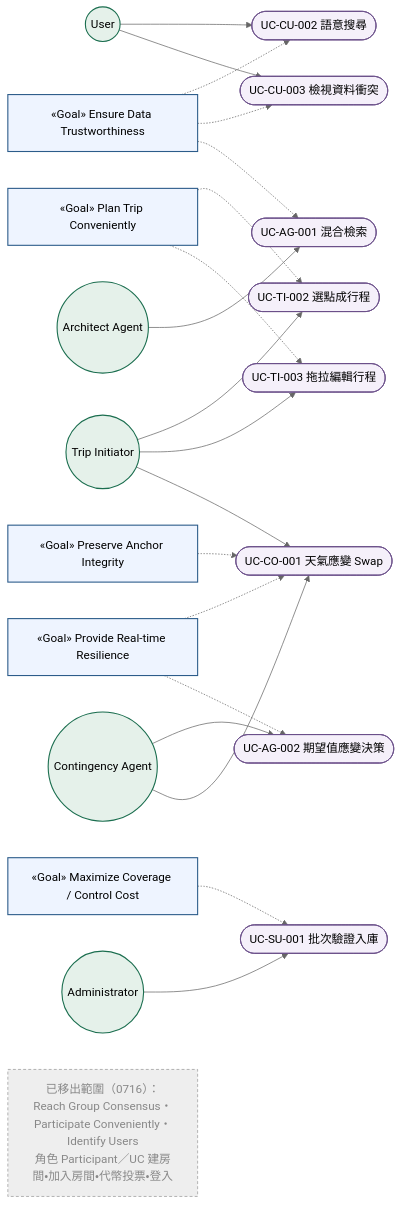
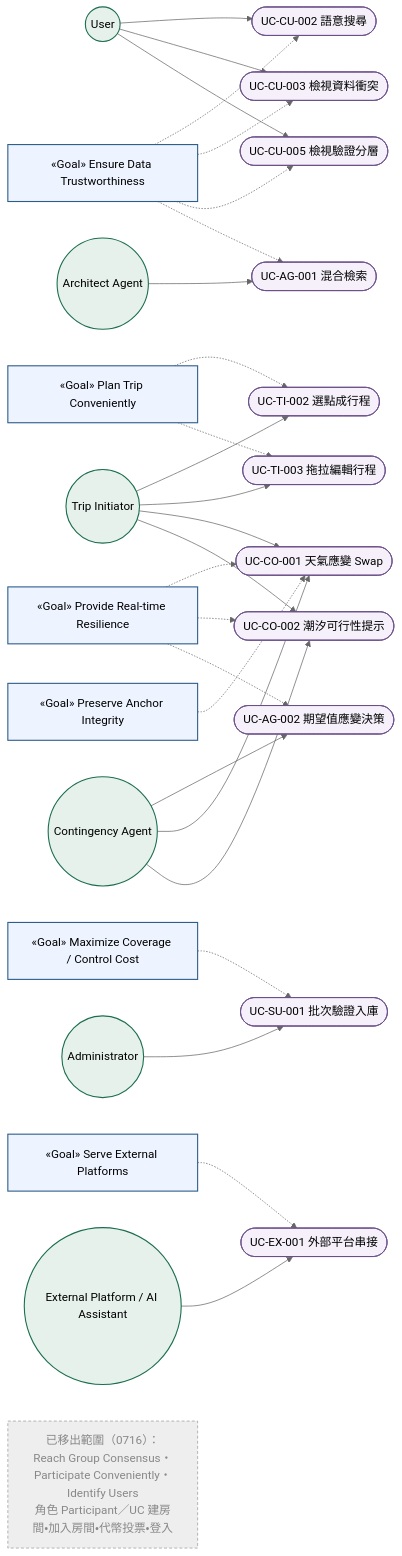
Before and after one commit to hakuhaku24/navigator: the second of 2 diagrams in 2026全國大專校院智慧創新暨跨域整合創作競賽系統需求書.md, drawn with Mermaid (neutral theme). The commit also changed other lines of this file and 5 other files, not shown here.

````diff
--- a/2026全國大專校院智慧創新暨跨域整合創作競賽系統需求書.md
+++ b/2026全國大專校院智慧創新暨跨域整合創作競賽系統需求書.md
@@ -319,42 +343,49 @@
 ```mermaid
 flowchart LR
   classDef goal fill:#eef4ff,stroke:#2c5c8a,stroke-width:1.5px;
   classDef uc fill:#f5f0fa,stroke:#6b4f8a,stroke-width:1.2px;
   classDef actor fill:#e5f1ea,stroke:#1B6E4F,stroke-width:1.5px;
   classDef out fill:#eeeeee,stroke:#999,stroke-dasharray:4 3,color:#888;
 
   U(("User")):::actor
   TI(("Trip Initiator")):::actor
   ADM(("Administrator")):::actor
+  EXT(("External Platform / AI Assistant")):::actor
   AG(("Architect Agent")):::actor
   CG(("Contingency Agent")):::actor
 
   G1["«Goal» Ensure Data Trustworthiness"]:::goal
   G2["«Goal» Provide Real-time Resilience"]:::goal
   G3["«Goal» Plan Trip Conveniently"]:::goal
   G4["«Goal» Maximize Coverage / Control Cost"]:::goal
   G5["«Goal» Preserve Anchor Integrity"]:::goal
+  G6["«Goal» Serve External Platforms"]:::goal
 
   UC2(["UC-CU-002 語意搜尋"]):::uc
   UC3(["UC-CU-003 檢視資料衝突"]):::uc
+  UC5(["UC-CU-005 檢視驗證分層"]):::uc
   UC_TI2(["UC-TI-002 選點成行程"]):::uc
   UC_TI3(["UC-TI-003 拖拉編輯行程"]):::uc
   UC_CO(["UC-CO-001 天氣應變 Swap"]):::uc
+  UC_CO2(["UC-CO-002 潮汐可行性提示"]):::uc
   UC_SU(["UC-SU-001 批次驗證入庫"]):::uc
   UC_AG1(["UC-AG-001 混合檢索"]):::uc
   UC_AG2(["UC-AG-002 期望值應變決策"]):::uc
+  UC_EX(["UC-EX-001 外部平台串接"]):::uc
 
-  G1 -.-> UC2 & UC3 & UC_AG1
-  G2 -.-> UC_CO & UC_AG2
+  G1 -.-> UC2 & UC3 & UC5 & UC_AG1
+  G2 -.-> UC_CO & UC_CO2 & UC_AG2
   G3 -.-> UC_TI2 & UC_TI3
   G4 -.-> UC_SU
   G5 -.-> UC_CO
+  G6 -.-> UC_EX
 
-  U --> UC2 & UC3
-  TI --> UC_TI2 & UC_TI3 & UC_CO
+  U --> UC2 & UC3 & UC5
+  TI --> UC_TI2 & UC_TI3 & UC_CO & UC_CO2
   ADM --> UC_SU
+  EXT --> UC_EX
   AG --> UC_AG1
-  CG --> UC_AG2 & UC_CO
+  CG --> UC_AG2 & UC_CO & UC_CO2
 
   OUT["已移出範圍（0716）：Reach Group Consensus・Participate Conveniently・Identify Users<br/>角色 Participant／UC 建房間・加入房間・代幣投票・登入"]:::out
 ```
````
